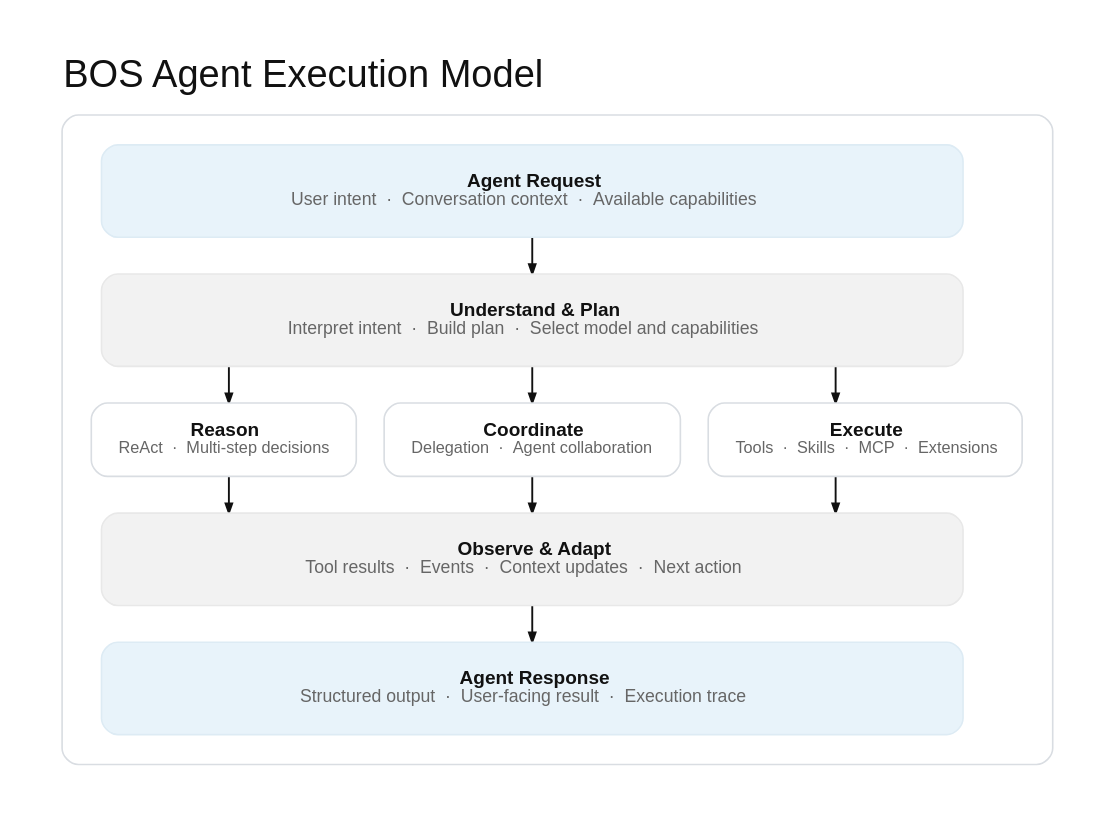
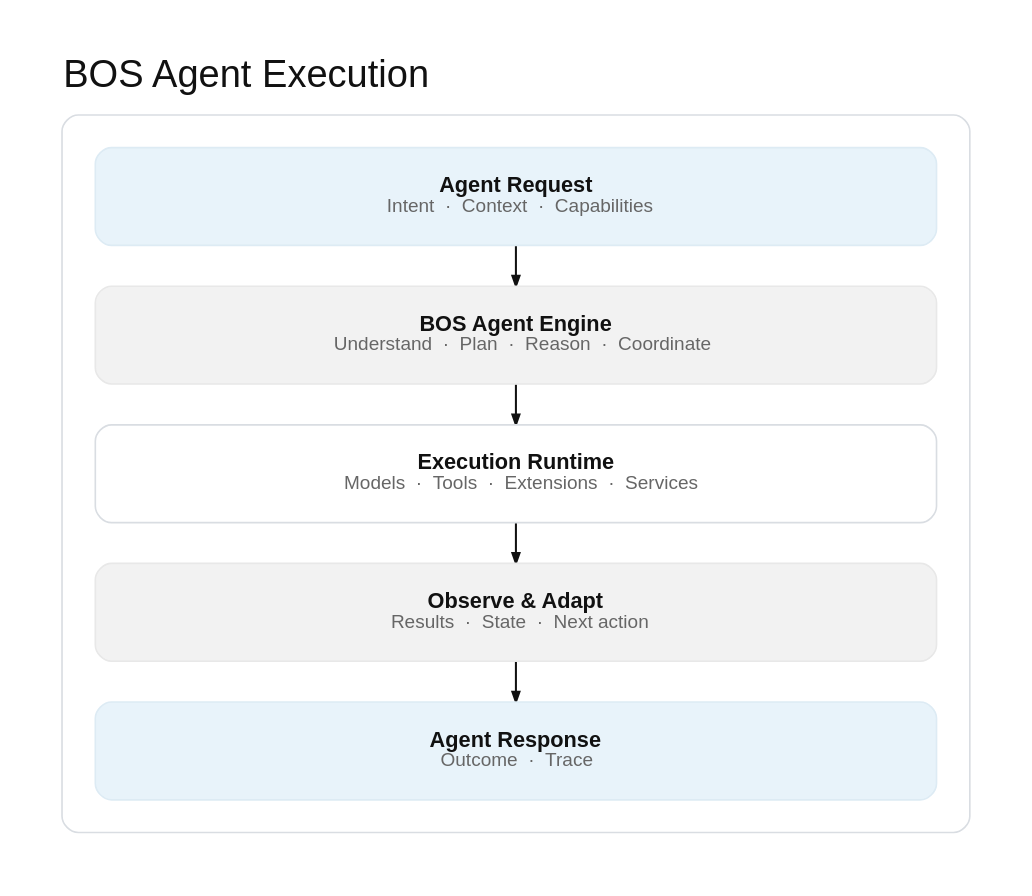
Before and after one commit to open1s/bos: the diagram in docs/diagrams/agent-execution-flow.dot, drawn with Graphviz. The commit also changed 2 other files, not shown here.

Commit message:
Docs/coarse grained architecture diagrams (#86)
* docs: simplify architecture diagram abstraction levels

* docs: simplify architecture diagram abstraction levels

* docs: simplify architecture diagram abstraction levels

```diff
--- a/docs/diagrams/agent-execution-flow.dot
+++ b/docs/diagrams/agent-execution-flow.dot
@@ -1,50 +1,41 @@
 digraph AgentExecution {
   graph [
-    bgcolor="#FFFFFF", pad="0.42", rankdir=TB, nodesep="0.28", ranksep="0.38",
+    bgcolor="#FFFFFF", pad="0.42", rankdir=TB, nodesep="0.28", ranksep="0.42",
     splines=ortho, outputorder=edgesfirst, fontname="Arial",
-    label="BOS Agent Execution Model", labelloc=t, labeljust=l,
+    label="BOS Agent Execution", labelloc=t, labeljust=l,
     fontsize=28, fontcolor="#111111"
   ];
   node [
     shape=box, style="rounded,filled", fontname="Arial",
-    fontsize=14, margin="0.28,0.20", color="#D9DDE2",
+    fontsize=16, margin="0.32,0.24", color="#D9DDE2",
     fillcolor="#FFFFFF", fontcolor="#111111", penwidth=1.2
   ];
-  edge [color="#111111", penwidth=1.4, arrowsize=0.7];
+  edge [color="#111111", penwidth=1.5, arrowsize=0.75];
 
   subgraph cluster_execution {
-    label=""; color="#D9DDE2"; penwidth=1.2; style="rounded"; margin=22;
+    label=""; color="#D9DDE2"; penwidth=1.2; style="rounded"; margin=24;
 
     request [
-      label=<<B>Agent Request</B><BR/><FONT POINT-SIZE="13" COLOR="#666666">User intent  ·  Conversation context  ·  Available capabilities</FONT>>,
-      fillcolor="#E8F3FA", color="#DDEBF4", width=8.8, height=0.95
+      label=<<B>Agent Request</B><BR/><FONT POINT-SIZE="14" COLOR="#666666">Intent  ·  Context  ·  Capabilities</FONT>>,
+      fillcolor="#E8F3FA", color="#DDEBF4", width=8.6, height=1.0
     ];
-    understand [
-      label=<<B>Understand &amp; Plan</B><BR/><FONT POINT-SIZE="13" COLOR="#666666">Interpret intent  ·  Build plan  ·  Select model and capabilities</FONT>>,
-      fillcolor="#F2F2F2", color="#E8E8E8", width=8.8, height=0.95
+    engine [
+      label=<<B>BOS Agent Engine</B><BR/><FONT POINT-SIZE="14" COLOR="#666666">Understand  ·  Plan  ·  Reason  ·  Coordinate</FONT>>,
+      fillcolor="#F2F2F2", color="#E8E8E8", width=8.6, height=1.0
+    ];
+    runtime [
+      label=<<B>Execution Runtime</B><BR/><FONT POINT-SIZE="14" COLOR="#666666">Models  ·  Tools  ·  Extensions  ·  Services</FONT>>,
+      width=8.6, height=1.0
+    ];
+    feedback [
+      label=<<B>Observe &amp; Adapt</B><BR/><FONT POINT-SIZE="14" COLOR="#666666">Results  ·  State  ·  Next action</FONT>>,
+      fillcolor="#F2F2F2", color="#E8E8E8", width=8.6, height=1.0
+    ];
+    response [
+      label=<<B>Agent Response</B><BR/><FONT POINT-SIZE="14" COLOR="#666666">Outcome  ·  Trace</FONT>>,
+      fillcolor="#E8F3FA", color="#DDEBF4", width=8.6, height=1.0
     ];
 
-    reason [label=<<B>Reason</B><BR/><FONT POINT-SIZE="12" COLOR="#666666">ReAct  ·  Multi-step decisions</FONT>>, width=2.65];
-    coordinate [label=<<B>Coordinate</B><BR/><FONT POINT-SIZE="12" COLOR="#666666">Delegation  ·  Agent collaboration</FONT>>, width=2.65];
-    execute [label=<<B>Execute</B><BR/><FONT POINT-SIZE="12" COLOR="#666666">Tools  ·  Skills  ·  MCP  ·  Extensions</FONT>>, width=2.65];
-
-    result [
-      label=<<B>Observe &amp; Adapt</B><BR/><FONT POINT-SIZE="13" COLOR="#666666">Tool results  ·  Events  ·  Context updates  ·  Next action</FONT>>,
-      fillcolor="#F2F2F2", color="#E8E8E8", width=8.8, height=0.95
-    ];
-    response [
-      label=<<B>Agent Response</B><BR/><FONT POINT-SIZE="13" COLOR="#666666">Structured output  ·  User-facing result  ·  Execution trace</FONT>>,
-      fillcolor="#E8F3FA", color="#DDEBF4", width=8.8, height=0.95
-    ];
-
-    {rank=same; reason; coordinate; execute;}
-    request -> understand;
-    understand -> reason;
-    understand -> coordinate;
-    understand -> execute;
-    reason -> result;
-    coordinate -> result;
-    execute -> result;
-    result -> response;
+    request -> engine -> runtime -> feedback -> response;
   }
 }
```
